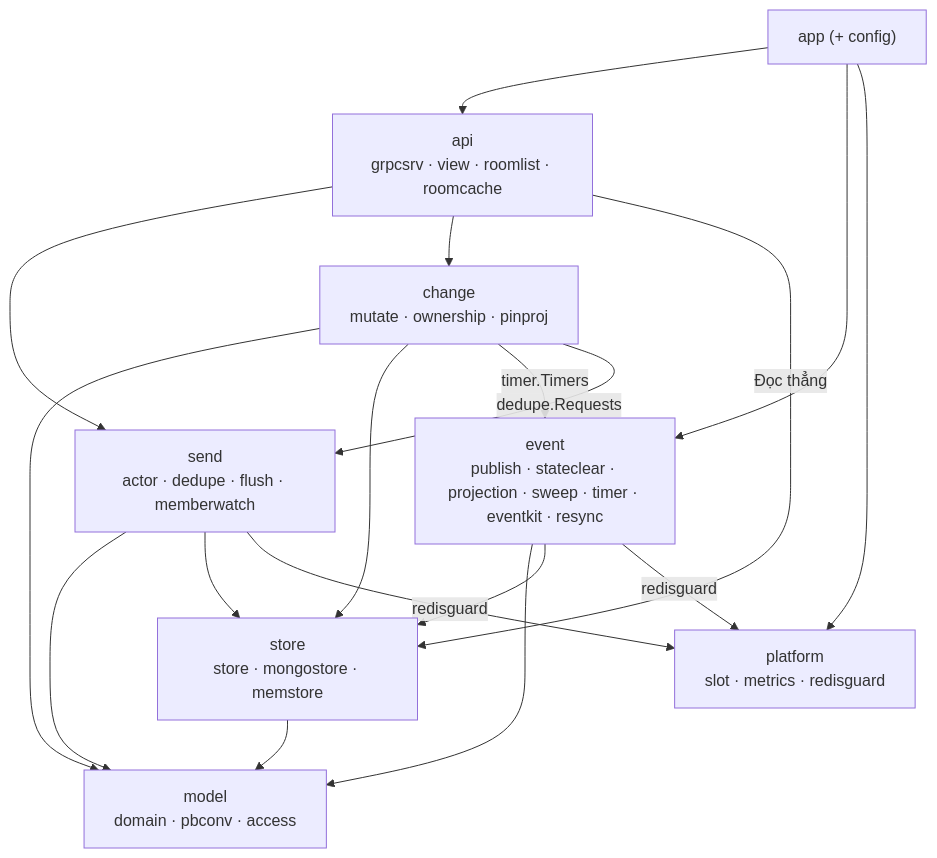
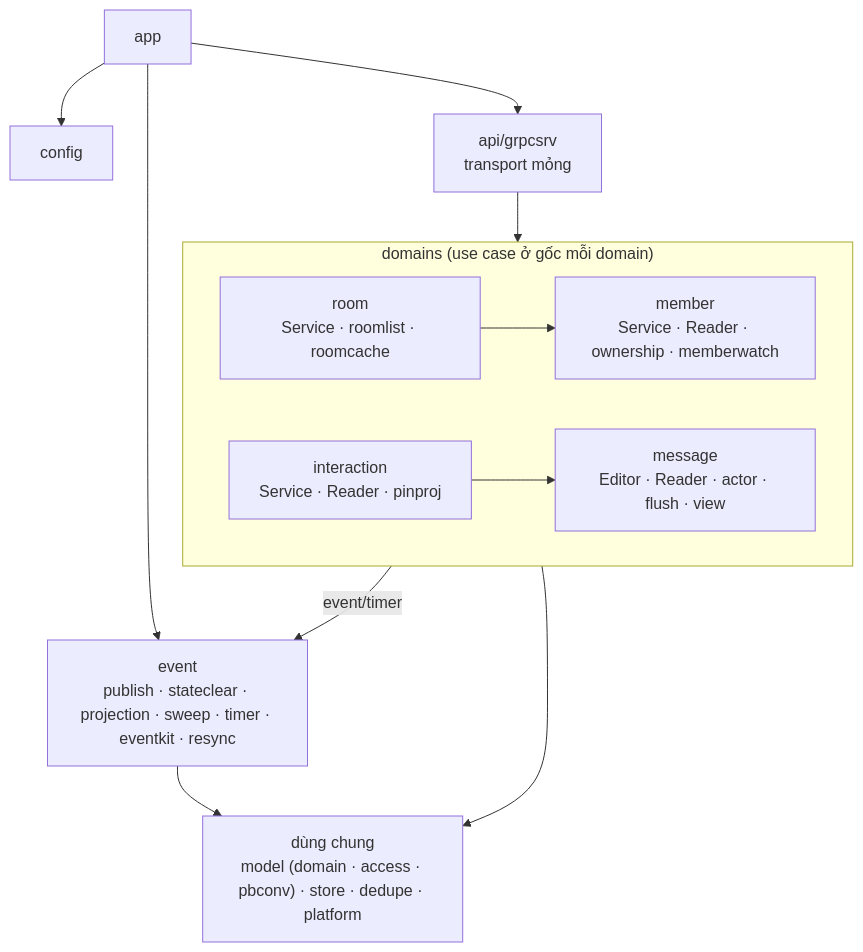
One commit to ivannguyendev/chatim changed the second of 2 diagrams in docs/architecture.md. Above: the diagram before and after it, drawn with Mermaid. The commit also changed other lines of this file and 9 other files, not shown here.

````diff
--- a/docs/architecture.md
+++ b/docs/architecture.md
@@ -188,22 +200,22 @@
 ```mermaid
 flowchart TB
-    app["app (+ config)"]
-    api["api<br/>grpcsrv · view · roomlist · roomcache"]
-    send["send<br/>actor · dedupe · flush · memberwatch"]
-    change["change<br/>mutate · ownership · pinproj"]
+    app["app"]
+    config["config"]
+    api["api/grpcsrv<br/>transport mỏng"]
+    subgraph domains["domains (use case ở gốc mỗi domain)"]
+        room["room<br/>Service · roomlist · roomcache"]
+        member["member<br/>Service · Reader · ownership · memberwatch"]
+        interaction["interaction<br/>Service · Reader · pinproj"]
+        message["message<br/>Editor · Reader · actor · flush · view"]
+    end
     event["event<br/>publish · stateclear · projection · sweep · timer · eventkit · resync"]
-    model["model<br/>domain · pbconv · access"]
-    store["store<br/>store · mongostore · memstore"]
-    platform["platform<br/>slot · metrics · redisguard"]
+    shared["dùng chung<br/>model (domain · access · pbconv) · store · dedupe · platform"]
 
-    app --> api & event & platform
-    api --> send & change
-    api -->|Đọc thẳng| store
-    send --> model & store
-    change --> model & store
-    change -->|timer.Timers| event
-    change -->|dedupe.Requests| send
-    event --> model & store
-    send & event -->|redisguard| platform
-    store --> model
+    app --> api & config & event
+    api --> domains
+    room --> member
+    interaction --> message
+    domains --> shared
+    domains -->|event/timer| event
+    event --> shared
 ```
````
